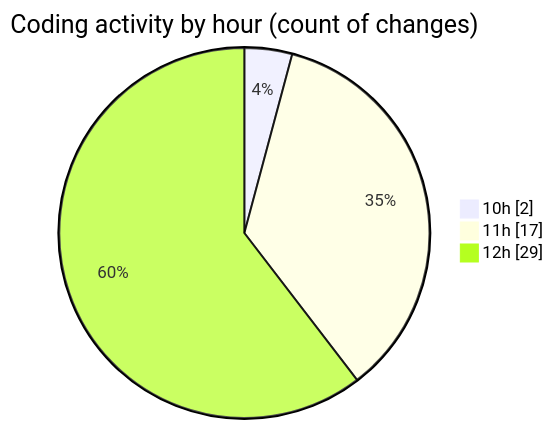
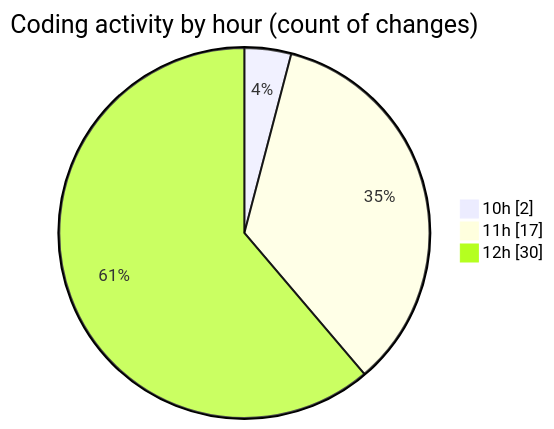
Before and after one commit to nxtqubesakshisongat/code-tracking: the second of 2 diagrams in 2025-05-14/argos-dev/README.md, drawn with Mermaid. The commit also changed other lines of this file and 1 other file, not shown here.

````diff
--- a/2025-05-14/argos-dev/README.md
+++ b/2025-05-14/argos-dev/README.md
@@ -32,7 +32,7 @@
 ```mermaid
 pie showData
 title Coding activity by hour (count of changes)
 "10h" : 2
 "11h" : 17
-"12h" : 29
+"12h" : 30
 ```
````
